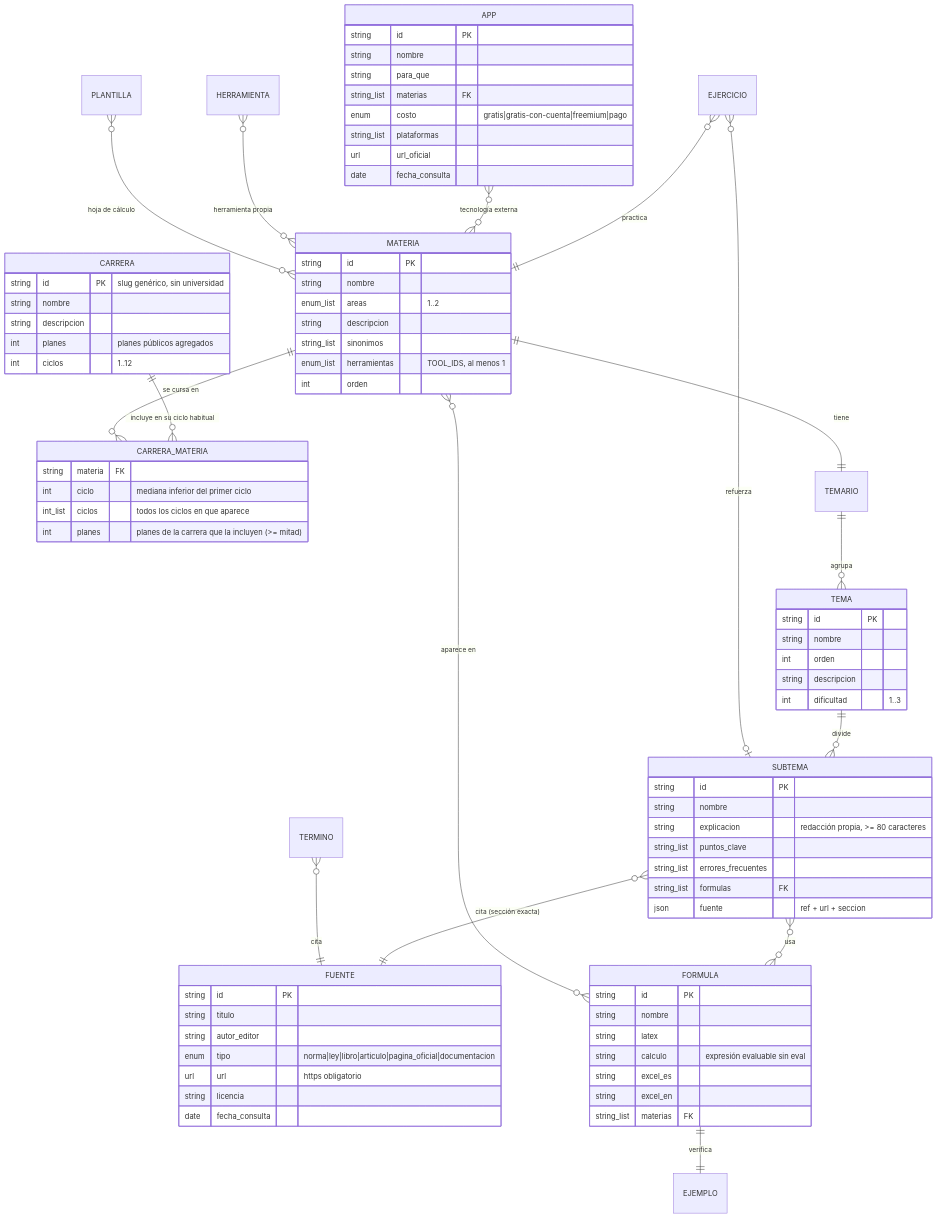
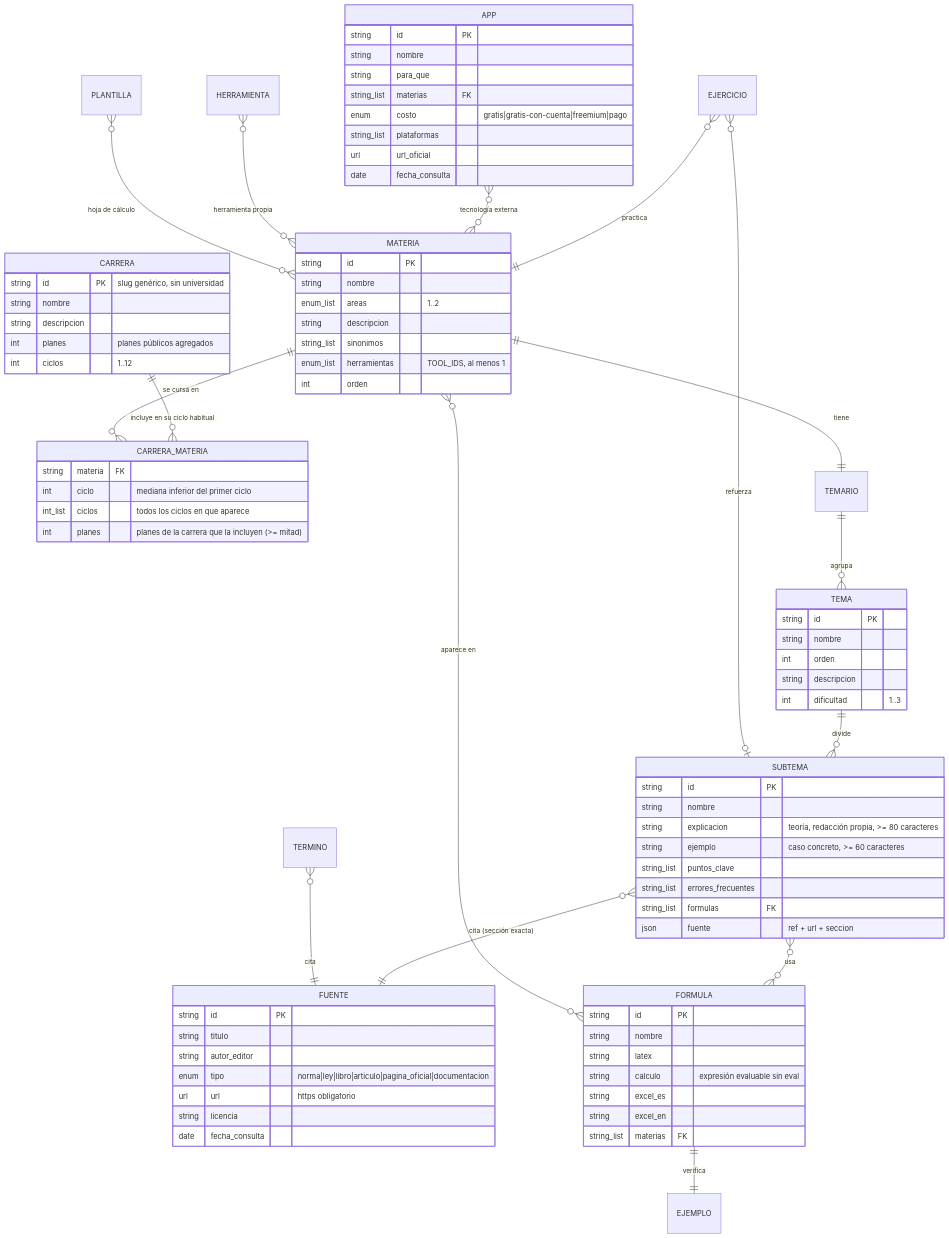
The first of 2 diagrams in docs/modelo-datos.md (DiegoFranciscoG/abaco), drawn with Mermaid before and after one commit. The commit also changed other lines of this file and 6 other files, not shown here.

Commit message:
docs: study area, worked examples, PDF review process and schema v4

```diff
--- a/docs/modelo-datos.md
+++ b/docs/modelo-datos.md
@@ -57,7 +57,8 @@
   SUBTEMA {
     string id PK
     string nombre
-    string explicacion "redacción propia, >= 80 caracteres"
+    string explicacion "teoría, redacción propia, >= 80 caracteres"
+    string ejemplo "caso concreto, >= 60 caracteres"
     string_list puntos_clave
     string_list errores_frecuentes
     string_list formulas FK
```
